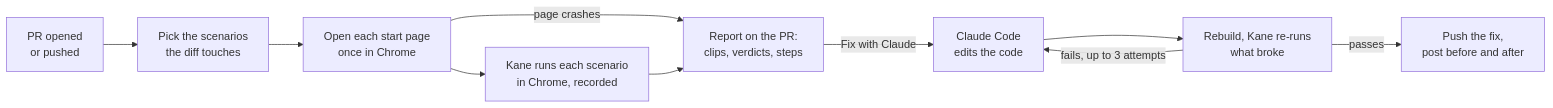
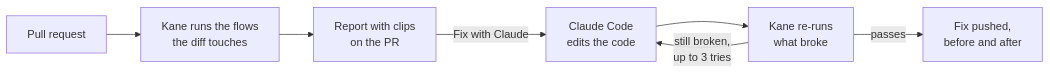
One commit to t1dem/proofed changed the diagram in README.md. Above: the diagram before and after it, drawn with Mermaid. The commit also changed other lines of this file, not shown here.

Commit message:
README: a shorter flow diagram, the judges' links as a list

````diff
--- a/README.md
+++ b/README.md
@@ -59,12 +57,9 @@
 ```mermaid
 flowchart LR
-  A[PR opened<br>or pushed] --> B[Pick the scenarios<br>the diff touches]
-  B --> C[Open each start page<br>once in Chrome]
-  C -->|page crashes| R
-  C --> D[Kane runs each scenario<br>in Chrome, recorded]
-  D --> R[Report on the PR:<br>clips, verdicts, steps]
-  R -->|Fix with Claude| F[Claude Code<br>edits the code]
-  F --> G[Rebuild, Kane re-runs<br>what broke]
-  G -->|fails, up to 3 attempts| F
-  G -->|passes| P[Push the fix,<br>post before and after]
+  A[Pull request] --> B[Kane runs the flows<br>the diff touches]
+  B --> C[Report with clips<br>on the PR]
+  C -->|Fix with Claude| D[Claude Code<br>edits the code]
+  D --> E[Kane re-runs<br>what broke]
+  E -->|still broken,<br>up to 3 tries| D
+  E -->|passes| F[Fix pushed,<br>before and after]
 ```
````
